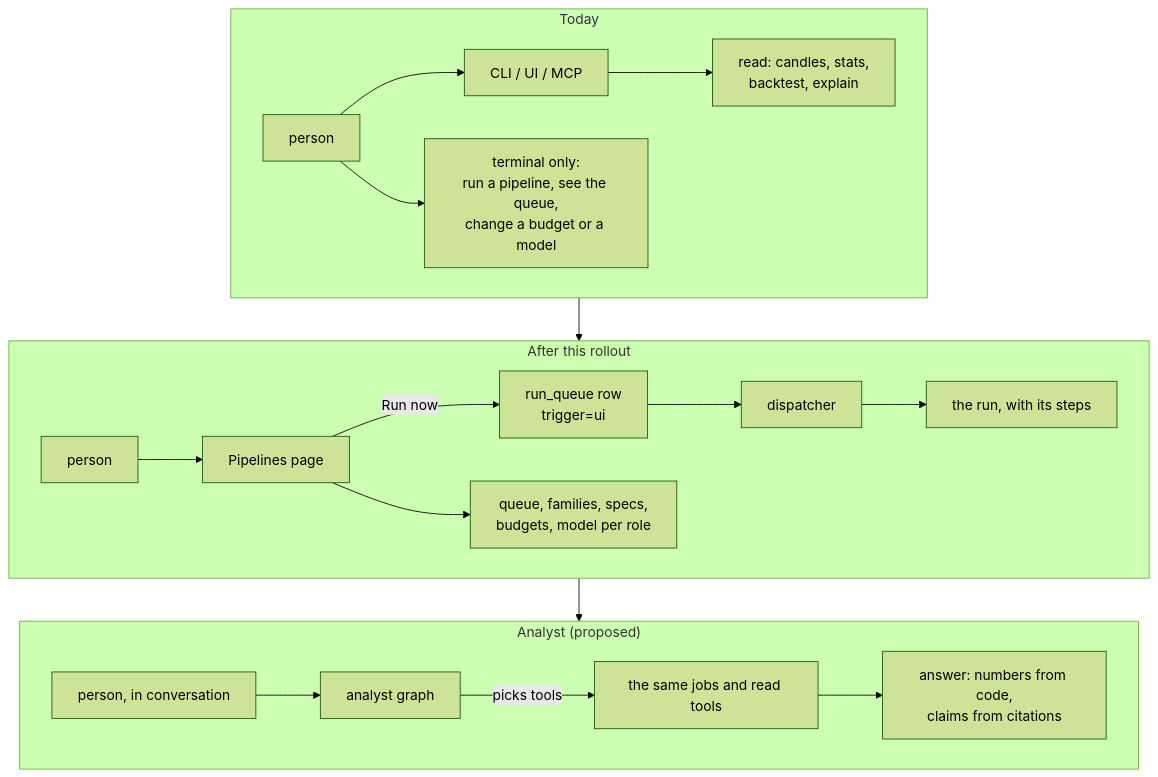
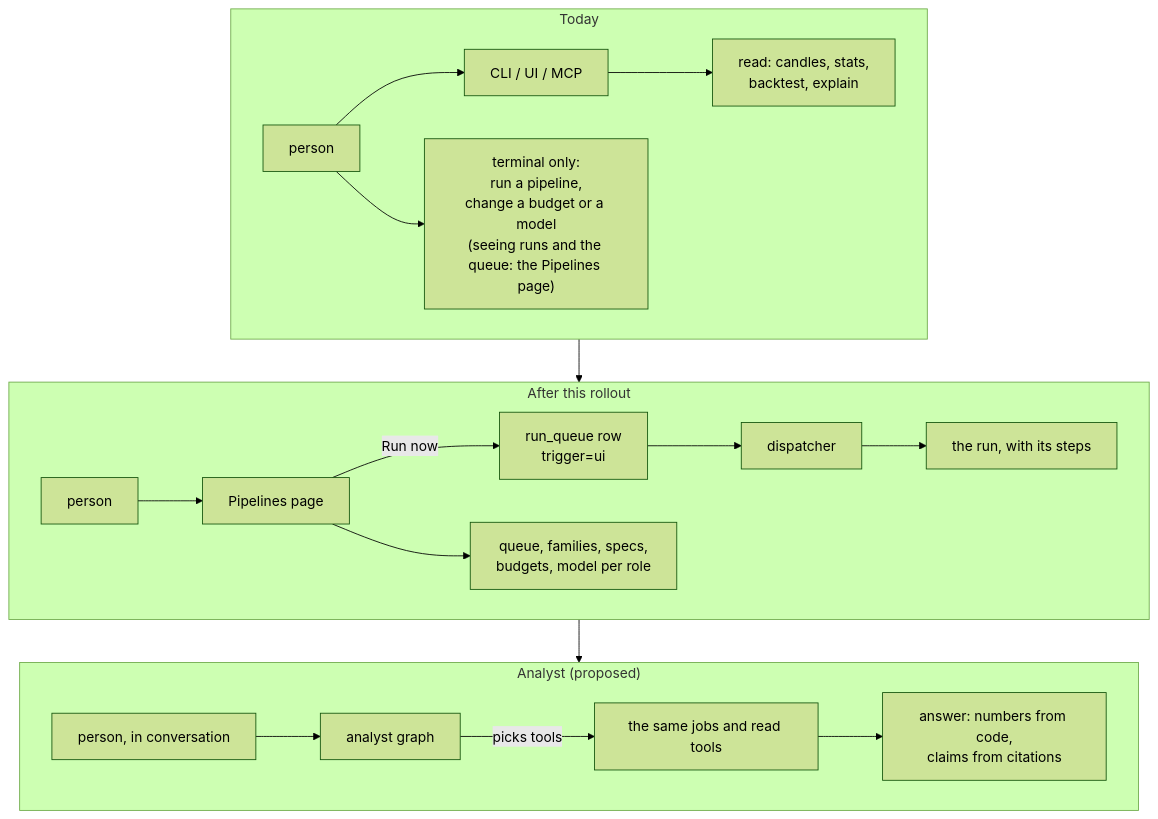
One commit to stamzid/candlegraph changed the fifth of 6 diagrams in docs/rollout/overview/DESIGN.md. Above: the diagram before and after it, drawn with Mermaid (forest theme). The commit also changed other lines of this file and 19 other files, not shown here.

Commit message:
docker fixes and read only pipeline ui

````diff
--- a/docs/rollout/overview/DESIGN.md
+++ b/docs/rollout/overview/DESIGN.md
@@ -169,19 +169,19 @@
 ```mermaid
 flowchart TB
   subgraph now["Today"]
     P1["person"] --> T1["CLI / UI / MCP"] --> Q1["read: candles, stats,<br/>backtest, explain"]
-    P1 --> T2["terminal only:<br/>run a pipeline, see the queue,<br/>change a budget or a model"]
+    P1 --> T2["terminal only:<br/>run a pipeline,<br/>change a budget or a model<br/>(seeing runs and the queue: the Pipelines page)"]
   end
   subgraph next["After this rollout"]
     P2["person"] --> UI2["Pipelines page"]
     UI2 -->|"Run now"| QU["run_queue row<br/>trigger=ui"]
     QU --> DI["dispatcher"] --> RUN["the run, with its steps"]
     UI2 --> SEE["queue, families, specs,<br/>budgets, model per role"]
   end
   subgraph later["Analyst (proposed)"]
     P3["person, in conversation"] --> AG["analyst graph"]
     AG -->|"picks tools"| TOOLS["the same jobs and read tools"]
     TOOLS --> ANS["answer: numbers from code,<br/>claims from citations"]
   end
   now --> next --> later
 ```
````
